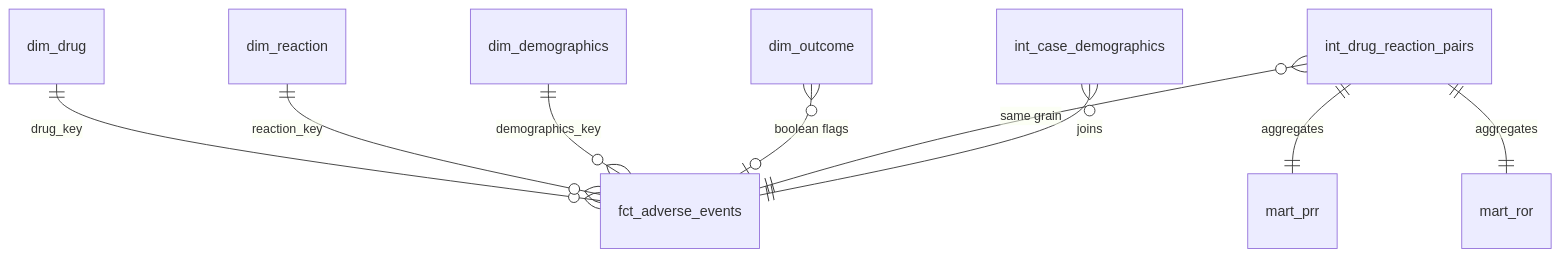
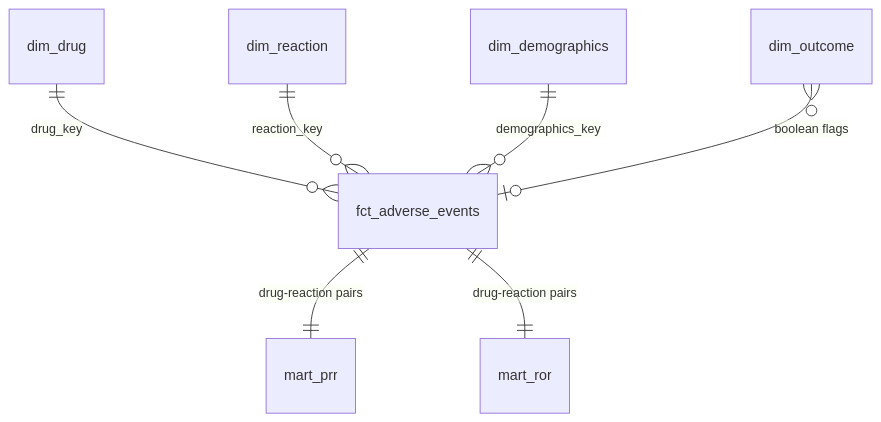
The first of 2 diagrams in docs/star_schema.md (DeanKuhn/pharmawatch), drawn with Mermaid before and after one commit. The commit also changed other lines of this file, not shown here.

Commit message:
finished docs for star schema

````diff
--- a/docs/star_schema.md
+++ b/docs/star_schema.md
@@ -3,11 +6,9 @@
 ```mermaid
 erDiagram
     dim_drug ||--o{ fct_adverse_events : "drug_key"
     dim_reaction ||--o{ fct_adverse_events : "reaction_key"
     dim_demographics ||--o{ fct_adverse_events : "demographics_key"
     dim_outcome }o--o| fct_adverse_events : "boolean flags"
-    int_drug_reaction_pairs ||--|| mart_prr : "aggregates"
-    int_drug_reaction_pairs ||--|| mart_ror : "aggregates"
-    int_drug_reaction_pairs }o--|| fct_adverse_events : "same grain"
-    int_case_demographics }o--|| fct_adverse_events : "joins"
+    fct_adverse_events ||--|| mart_prr : "drug-reaction pairs"
+    fct_adverse_events ||--|| mart_ror : "drug-reaction pairs"
 ```
````
